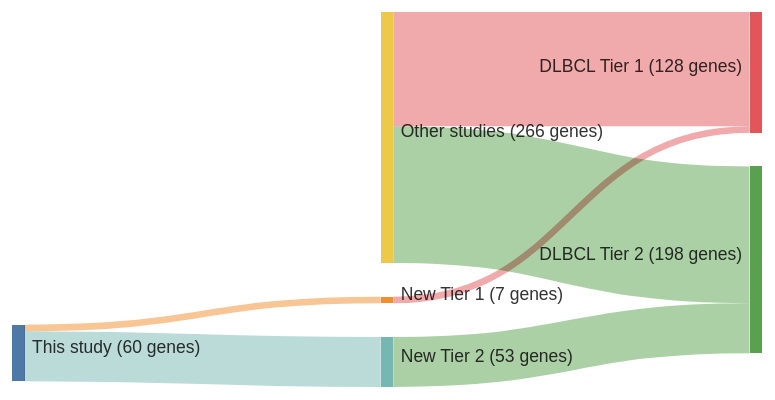
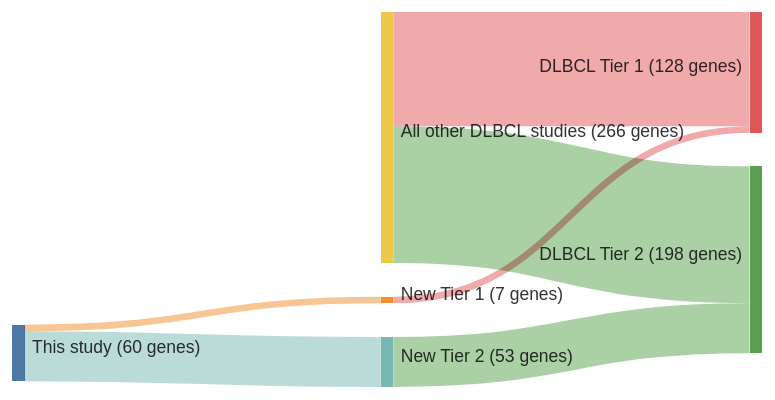
One commit to morinlab/lymphopedia changed the diagram in papers/reddyGeneticFunctionalDrivers2017.md. Above: the diagram before and after it, drawn with Mermaid. The commit also changed 82 other files, not shown here.

````diff
--- a/papers/reddyGeneticFunctionalDrivers2017.md
+++ b/papers/reddyGeneticFunctionalDrivers2017.md
@@ -12,20 +12,20 @@
 ```mermaid
 ---
 config:
     sankey:
         showValues: true
         linkColor: target
         width: 600
         height: 300
         nodeAlignment: right
         prefix: '('
         suffix: ' genes)'
 ---
 sankey-beta
 This study, New Tier 1, 7
 New Tier 1, DLBCL Tier 1, 7
 This study, New Tier 2, 53
 New Tier 2, DLBCL Tier 2, 53
-Other studies, DLBCL Tier 1, 121
-Other studies, DLBCL Tier 2, 145
+All other DLBCL studies, DLBCL Tier 1, 121
+All other DLBCL studies, DLBCL Tier 2, 145
 ```
````
